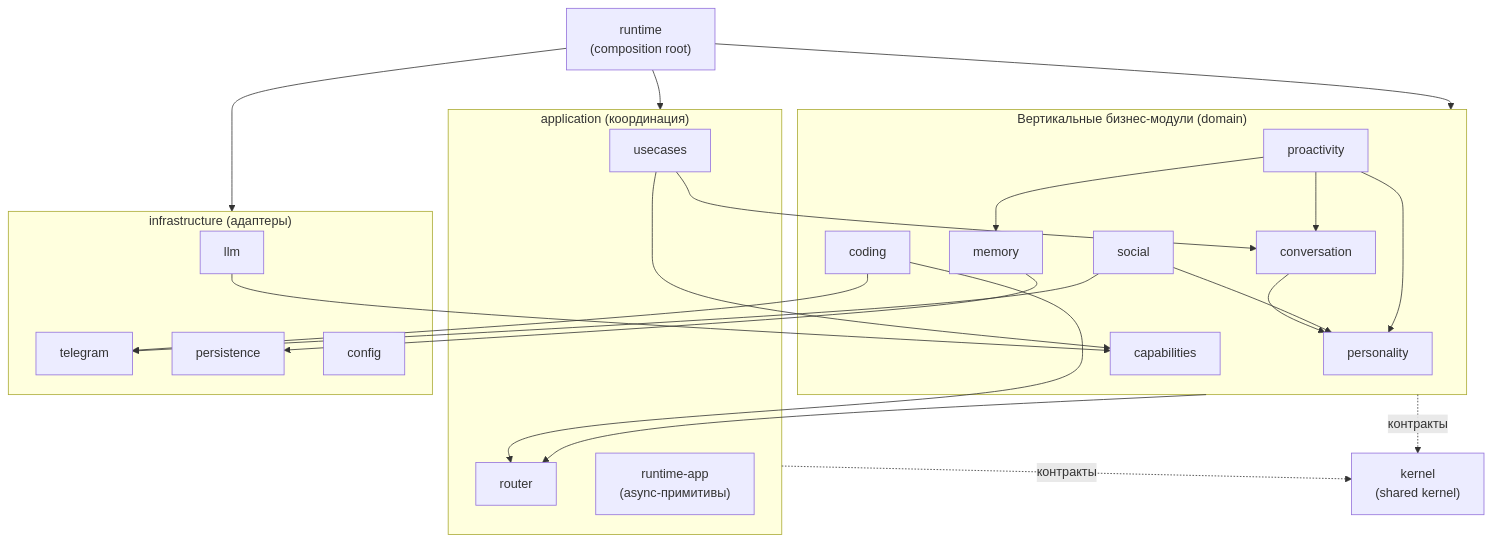
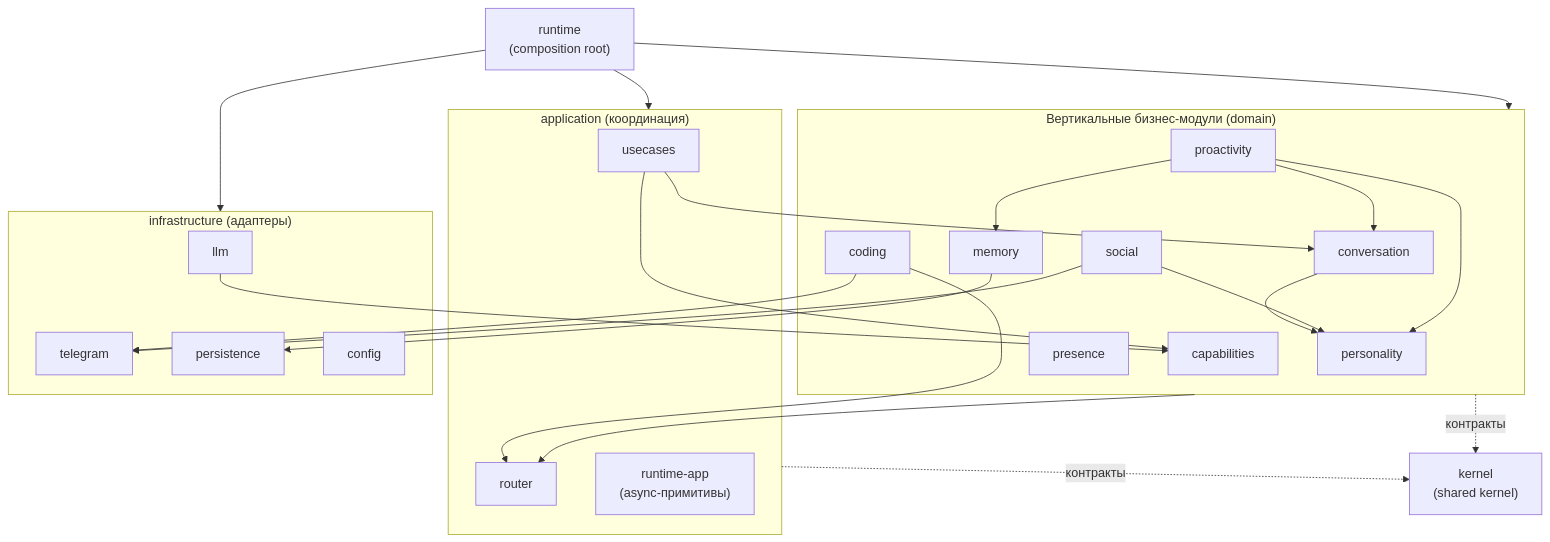
Before and after one commit to zoologov/bob: the diagram in docs/architecture.md, drawn with Mermaid. The commit also changed other lines of this file and 4 other files, not shown here.

````diff
--- a/docs/architecture.md
+++ b/docs/architecture.md
@@ -113,44 +114,45 @@
 ```mermaid
 graph TD
     subgraph business["Вертикальные бизнес-модули (domain)"]
         personality["personality"]
         conversation["conversation"]
         memory["memory"]
         social["social"]
         proactivity["proactivity"]
+        presence["presence"]
         capabilities["capabilities"]
         coding["coding"]
     end
     subgraph app["application (координация)"]
         usecases["usecases"]
         router["router"]
         runtime_app["runtime-app<br/>(async-примитивы)"]
     end
     subgraph infra["infrastructure (адаптеры)"]
         llm["llm"]
         telegram["telegram"]
         persistence["persistence"]
         config["config"]
     end
     kernel["kernel<br/>(shared kernel)"]
     runtime["runtime<br/>(composition root)"]
 
     conversation --> personality
     social --> personality
     proactivity --> personality
     proactivity --> conversation
     proactivity --> memory
     memory --> persistence
     coding --> router
     coding --> telegram
     social --> telegram
     llm --> capabilities
     usecases --> capabilities
     usecases --> conversation
     business --> router
     business -.->|контракты| kernel
     app -.->|контракты| kernel
     runtime --> business
     runtime --> app
     runtime --> infra
 ```
````
